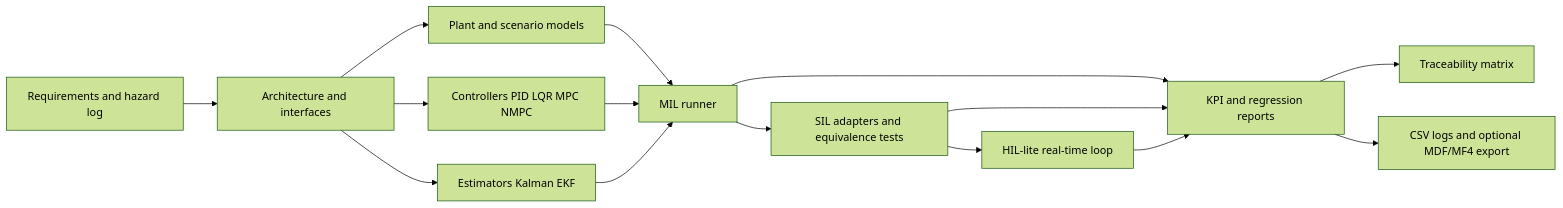
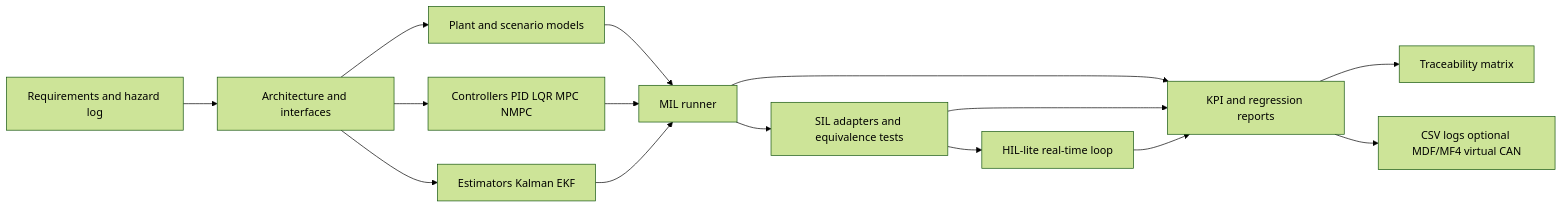
One commit to 96sanjay/vmodel-control-pipeline changed the first of 2 diagrams in docs/architecture/system_architecture.md. Above: the diagram before and after it, drawn with Mermaid (forest theme). The commit also changed other lines of this file and 16 other files, not shown here.

Commit message:
Add CommonRoad checks and virtual CAN replay

````diff
--- a/docs/architecture/system_architecture.md
+++ b/docs/architecture/system_architecture.md
@@ -14,17 +14,17 @@
 ```mermaid
 flowchart LR
     A[Requirements and hazard log] --> B[Architecture and interfaces]
     B --> C[Plant and scenario models]
     B --> D[Controllers PID LQR MPC NMPC]
     B --> E[Estimators Kalman EKF]
     C --> F[MIL runner]
     D --> F
     E --> F
     F --> G[SIL adapters and equivalence tests]
     G --> H[HIL-lite real-time loop]
     F --> I[KPI and regression reports]
     G --> I
     H --> I
     I --> J[Traceability matrix]
-    I --> K[CSV logs and optional MDF/MF4 export]
+    I --> K[CSV logs optional MDF/MF4 virtual CAN]
 ```
````
